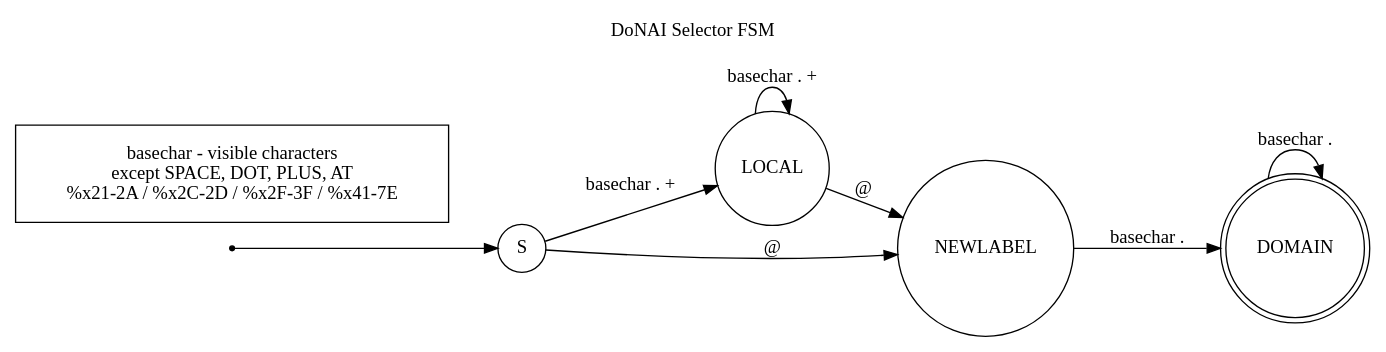
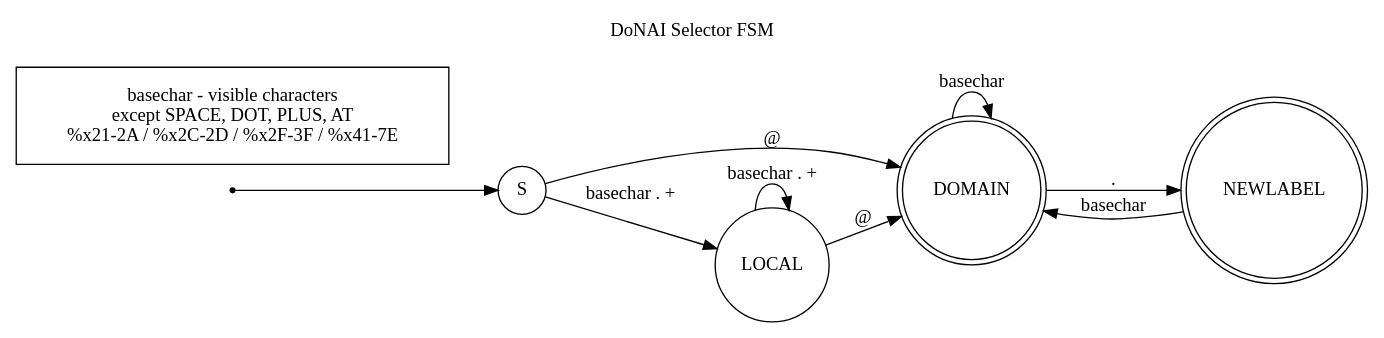
Before and after one commit to arpa2/libarpa2service: the diagram in doc/design/donaiselfsm.gv, drawn with Graphviz. The commit also changed 1 other file, not shown here.

Commit message:
donai selector: no adjacent dots in domain part

```diff
--- a/doc/design/donaiselfsm.gv
+++ b/doc/design/donaiselfsm.gv
@@ -1,30 +1,32 @@
 digraph finite_state_machine {
 	rankdir=LR
 	node [shape = doublecircle];
 		DOMAIN;
+		NEWLABEL;
 
 	node [shape = point ];
 		qi
 
 	node [shape = circle];
 		qi	-> S;
 
 		/* local or domain part */
 		S	-> LOCAL [ label = "basechar . +" ];
-		S	-> NEWLABEL [ label = "@" ];
+		S	-> DOMAIN [ label = "@" ];
 
 		/* local */
 		LOCAL	-> LOCAL [ label = "basechar . +" ];
-		LOCAL	-> NEWLABEL [ label = "@" ];
+		LOCAL	-> DOMAIN [ label = "@" ];
 
 		/* domain */
-		NEWLABEL	-> DOMAIN [ label = "basechar ." ];
-		DOMAIN	-> DOMAIN [ label = "basechar ." ];
+		DOMAIN	-> NEWLABEL [ label = "." ];
+		NEWLABEL	-> DOMAIN [ label = "basechar" ];
+		DOMAIN	-> DOMAIN [ label = "basechar" ];
 
 	node[ shape=box, margin="0.2,0.2" ];
 		basechar[ label = "basechar - visible characters\nexcept SPACE, DOT, PLUS, AT \n%x21-2A / %x2C-2D / %x2F-3F / %x41-7E" ];
 
 	// title
 	labelloc="t";
 	label="DoNAI Selector FSM\n\n";
 }
```
